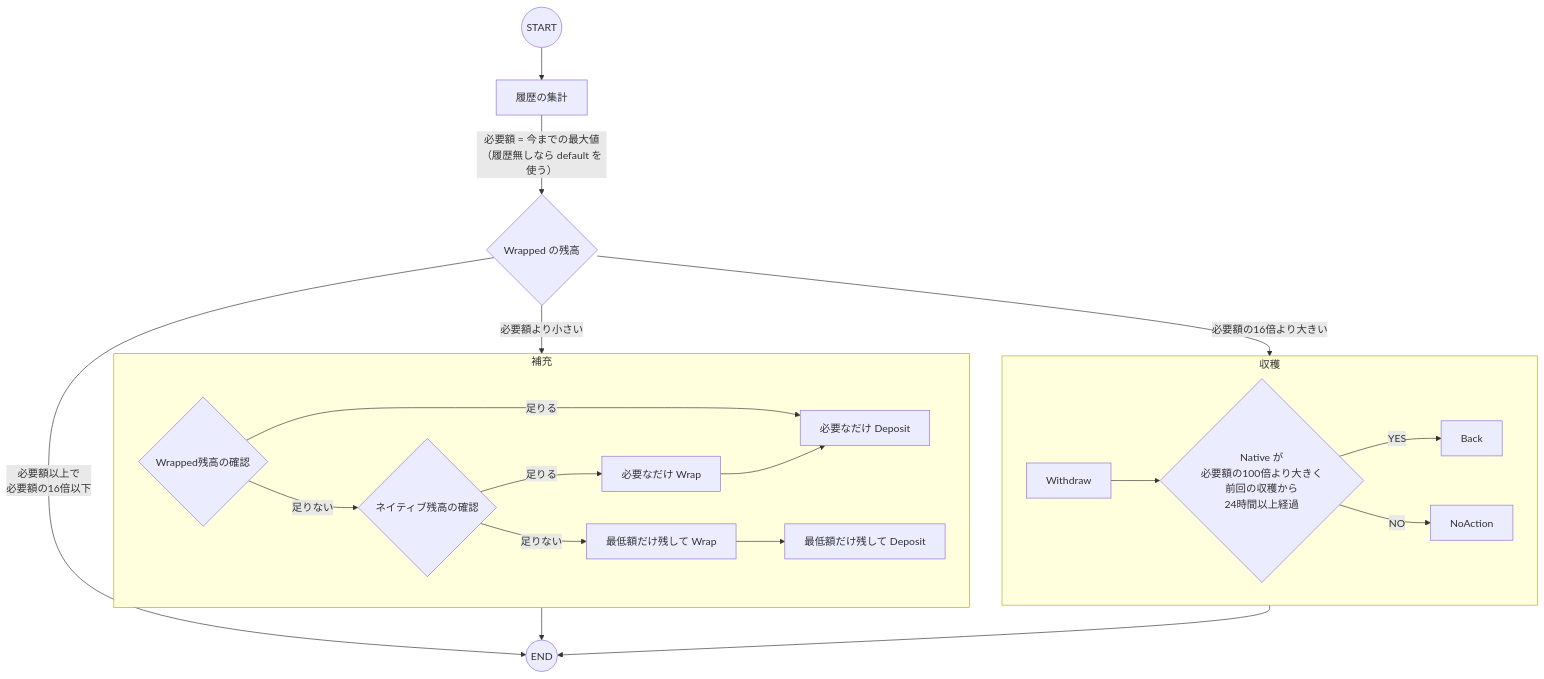
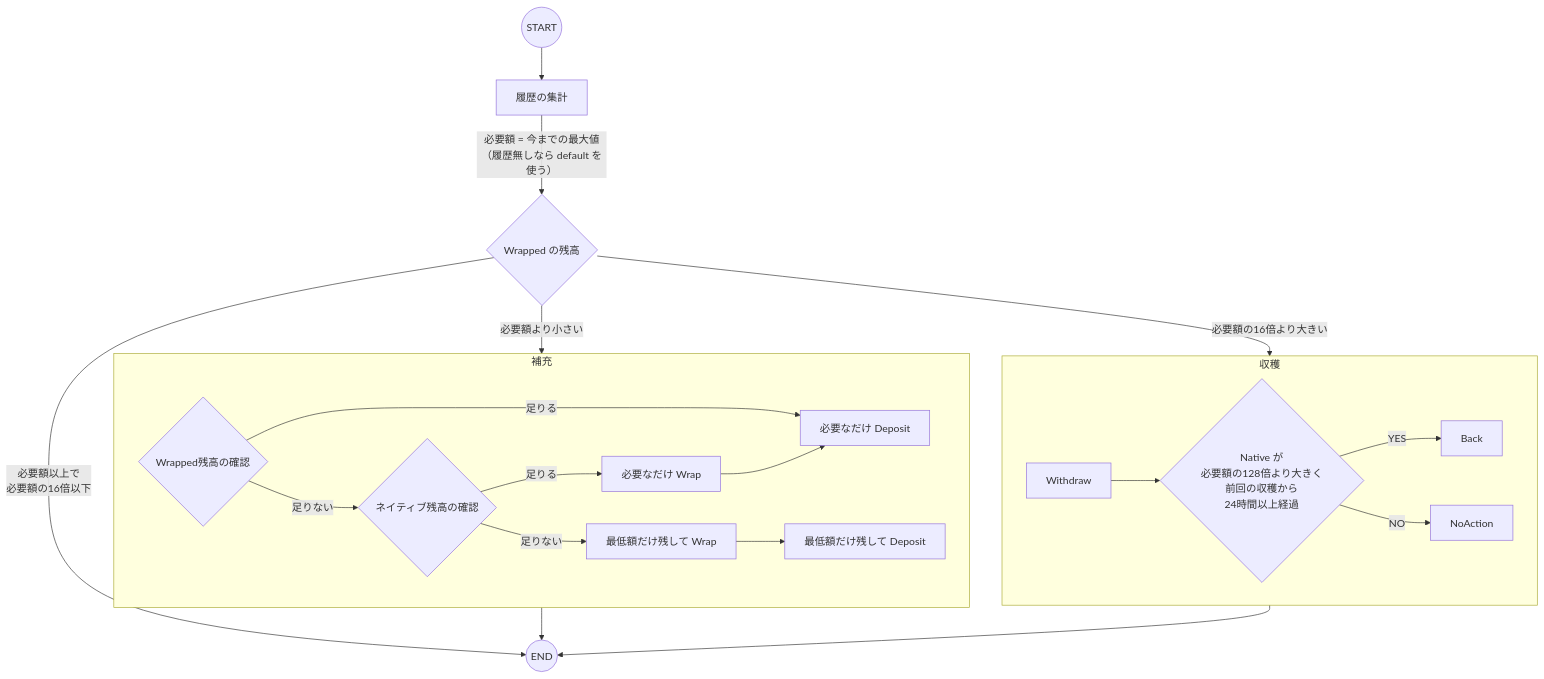
One commit to fathens/zaciraci changed the diagram in diagram/account_balance.mermaid. Above: the diagram before and after it, drawn with Mermaid. The commit also changed 1 other file, not shown here.

```diff
--- a/diagram/account_balance.mermaid
+++ b/diagram/account_balance.mermaid
@@ -1,25 +1,25 @@
 graph TD
     Start((START)) --> StatsHistory[履歴の集計]
     StatsHistory -->|必要額 = 今までの最大値<br>（履歴無しなら default を使う）| WrappedAmount{Wrapped の残高}
     WrappedAmount -->|必要額の16倍より大きい| Harvest
     WrappedAmount -->|必要額以上で<br>必要額の16倍以下| End((END))
     WrappedAmount -->|必要額より小さい| Refill
 
     subgraph Refill[補充]
         CheckWrapped{Wrapped残高の確認} -->|足りる| DepositFull[必要なだけ Deposit]
         CheckWrapped -->|足りない| CheckNative
         CheckNative{ネイティブ残高の確認}
         CheckNative -->|足りる| WrapFull[必要なだけ Wrap]
         CheckNative -->|足りない| WrapLess[最低額だけ残して Wrap]
         WrapFull --> DepositFull
         WrapLess --> DepositLess[最低額だけ残して Deposit]
     end
 
     subgraph Harvest[収穫]
-        Withdraw --> NativeAmount{Native が<br>必要額の100倍より大きく<br>前回の収穫から<br>24時間以上経過}
+        Withdraw --> NativeAmount{Native が<br>必要額の128倍より大きく<br>前回の収穫から<br>24時間以上経過}
         NativeAmount -->|YES| Back
         NativeAmount -->|NO| NoAction
     end
 
     Refill --> End
     Harvest --> End
```
